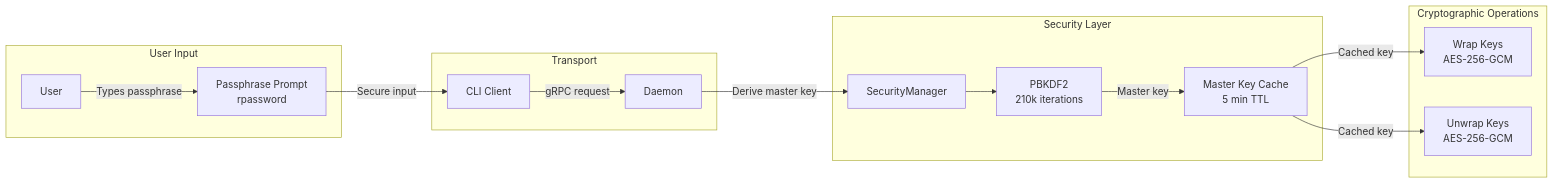
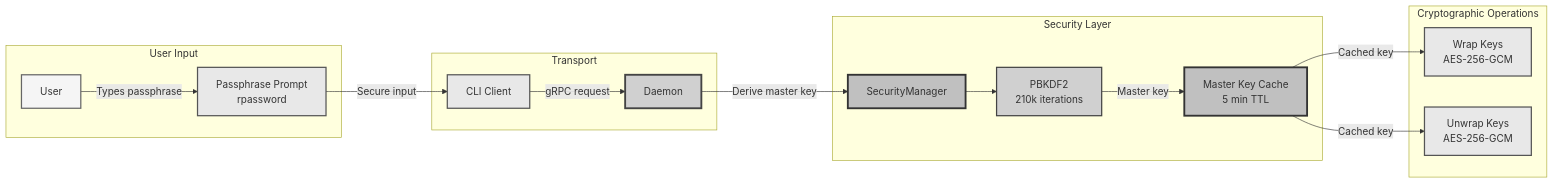
Before and after one commit to ehanoc/softKMS: the seventh of 7 diagrams in docs/CLI_DAEMON_ARCHITECTURE.md, drawn with Mermaid. The commit also changed other lines of this file and 3 other files, not shown here.

First line of the commit message:
docs: Standardize all Mermaid diagrams with muted grayscale colors

````diff
--- a/docs/CLI_DAEMON_ARCHITECTURE.md
+++ b/docs/CLI_DAEMON_ARCHITECTURE.md
@@ -201,32 +213,42 @@
 ```mermaid
 flowchart LR
     subgraph Input["User Input"]
         U[User]
         P[Passphrase Prompt<br/>rpassword]
     end
     
     subgraph Transport["Transport"]
         CLI[CLI Client]
         D[Daemon]
     end
     
     subgraph Security["Security Layer"]
         SM[SecurityManager]
         PBKDF2[PBKDF2<br/>210k iterations]
         Cache[Master Key Cache<br/>5 min TTL]
     end
     
     subgraph Crypto["Cryptographic Operations"]
         Wrap[Wrap Keys<br/>AES-256-GCM]
         Unwrap[Unwrap Keys<br/>AES-256-GCM]
     end
     
     U -->|Types passphrase| P
     P -->|Secure input| CLI
     CLI -->|gRPC request| D
     D -->|Derive master key| SM
     SM --> PBKDF2
     PBKDF2 -->|Master key| Cache
     Cache -->|Cached key| Wrap
     Cache -->|Cached key| Unwrap
+
+    style U fill:#f5f5f5,stroke:#666,stroke-width:2px
+    style P fill:#e8e8e8,stroke:#555,stroke-width:2px
+    style CLI fill:#e8e8e8,stroke:#555,stroke-width:2px
+    style D fill:#d0d0d0,stroke:#444,stroke-width:3px
+    style SM fill:#c0c0c0,stroke:#333,stroke-width:3px
+    style PBKDF2 fill:#d0d0d0,stroke:#444,stroke-width:2px
+    style Cache fill:#c0c0c0,stroke:#333,stroke-width:3px
+    style Wrap fill:#e8e8e8,stroke:#555,stroke-width:2px
+    style Unwrap fill:#e8e8e8,stroke:#555,stroke-width:2px
 ```
````
